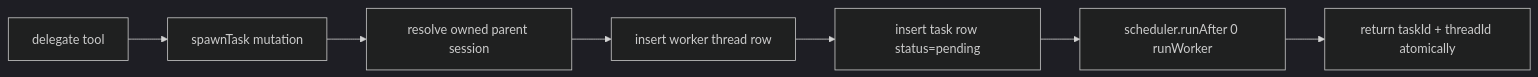
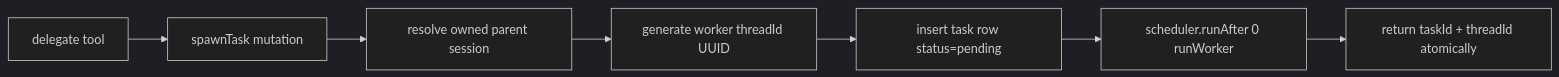
One commit to 1qh/noboil changed the second of 4 diagrams in apps/agent/plan/workers.md. Above: the diagram before and after it, drawn with Mermaid (dark theme). The commit also changed other lines of this file and 7 other files, not shown here.

Commit message:
fix: Oracle R19 fixes - thread model clarified, schema aligned, parts format defined, cumulative compaction, call-time SSRF, token-checked postTurnAudit, terminal task reminders, worker fencing, cascade cleanup

````diff
--- a/apps/agent/plan/workers.md
+++ b/apps/agent/plan/workers.md
@@ -50,9 +50,9 @@
 ```mermaid
 flowchart LR
     A[delegate tool] --> B[spawnTask mutation]
     B --> C[resolve owned parent session]
-    C --> D[insert worker thread row]
+    C --> D[generate worker threadId UUID]
     D --> E[insert task row status=pending]
     E --> F[scheduler.runAfter 0 runWorker]
     F --> G[return taskId + threadId atomically]
 ```
````
